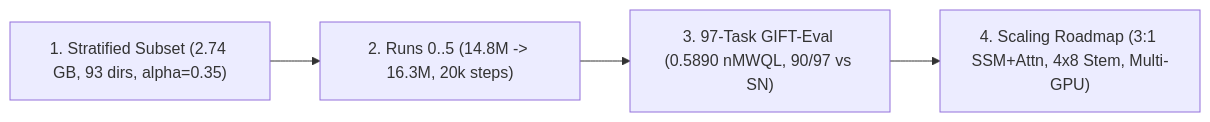
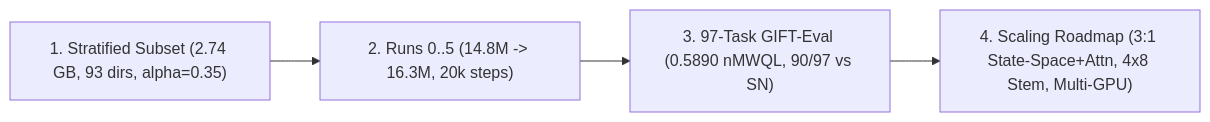
Before and after one commit to aldobattista/gifteval-tsfm-prototype: the diagram in README.md, drawn with Mermaid. The commit also changed other lines of this file and 11 other files, not shown here.

````diff
--- a/README.md
+++ b/README.md
@@ -17,6 +17,6 @@
 ```mermaid
 flowchart LR
     D["1. Stratified Subset (2.74 GB, 93 dirs, alpha=0.35)"] --> M["2. Runs 0..5 (14.8M -> 16.3M, 20k steps)"]
     M --> E["3. 97-Task GIFT-Eval (0.5890 nMWQL, 90/97 vs SN)"]
-    E --> N["4. Scaling Roadmap (3:1 SSM+Attn, 4x8 Stem, Multi-GPU)"]
+    E --> N["4. Scaling Roadmap (3:1 State-Space+Attn, 4x8 Stem, Multi-GPU)"]
 ```
````
